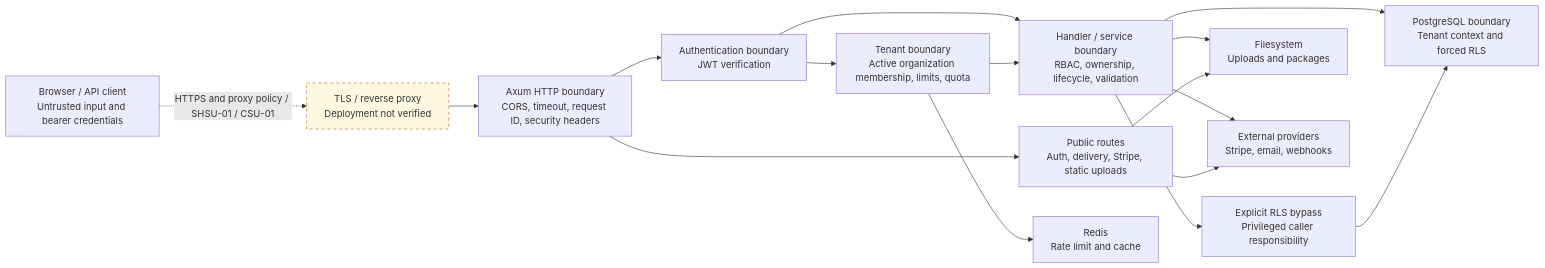
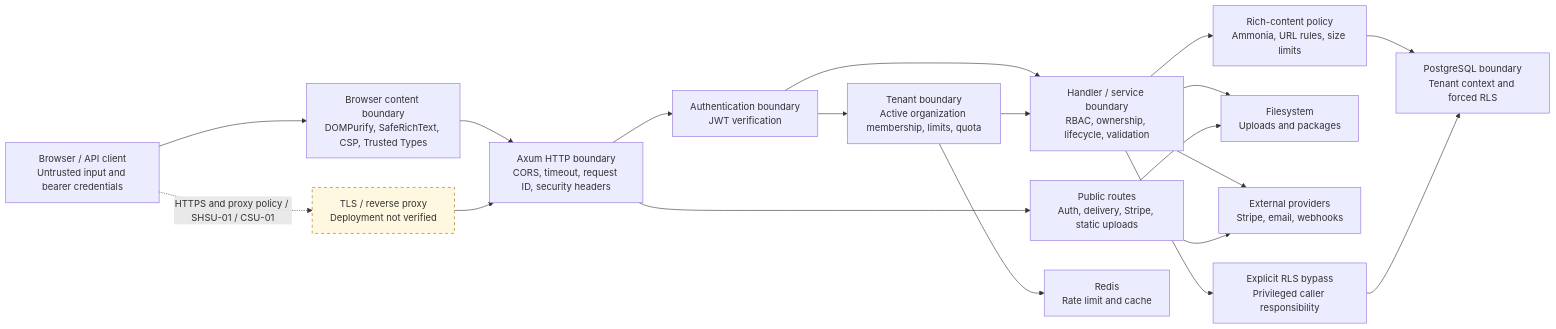
Before and after one commit to sasanzare/ZinharCMS: the diagram in okf/security/diagrams/trust-boundaries.mmd, drawn with Mermaid. The commit also changed 44 other files, not shown here.

First line of the commit message:
fix(security): complete phase 4 rich-content and browser hardening

```diff
--- a/okf/security/diagrams/trust-boundaries.mmd
+++ b/okf/security/diagrams/trust-boundaries.mmd
@@ -1,33 +1,38 @@
 flowchart LR
   %% Evidence: backend/src/main.rs, backend/src/routes/mod.rs, backend/src/middleware, backend/src/services/rls.rs
   browser["Browser / API client\nUntrusted input and bearer credentials"]
   ingress["TLS / reverse proxy\nDeployment not verified"]
   http["Axum HTTP boundary\nCORS, timeout, request ID, security headers"]
   public["Public routes\nAuth, delivery, Stripe, static uploads"]
   auth["Authentication boundary\nJWT verification"]
   tenant["Tenant boundary\nActive organization membership, limits, quota"]
   handler["Handler / service boundary\nRBAC, ownership, lifecycle, validation"]
   rls["PostgreSQL boundary\nTenant context and forced RLS"]
   bypass["Explicit RLS bypass\nPrivileged caller responsibility"]
   redis["Redis\nRate limit and cache"]
   files["Filesystem\nUploads and packages"]
   providers["External providers\nStripe, email, webhooks"]
+  contentPolicy["Rich-content policy\nAmmonia, URL rules, size limits"]
+  browserPolicy["Browser content boundary\nDOMPurify, SafeRichText, CSP, Trusted Types"]
 
   browser -.->|HTTPS and proxy policy / SHSU-01 / CSU-01| ingress
+  browser --> browserPolicy
+  browserPolicy --> http
   ingress --> http
   http --> public
   http --> auth
   auth --> tenant
   auth --> handler
   tenant --> handler
   tenant --> redis
-  handler --> rls
+  handler --> contentPolicy
+  contentPolicy --> rls
   handler --> files
   handler --> providers
   handler --> bypass
   bypass --> rls
   public --> files
   public --> providers
 
   classDef unverified stroke-dasharray: 5 5,fill:#fff8e1,stroke:#a66a00;
   class ingress unverified;
```
